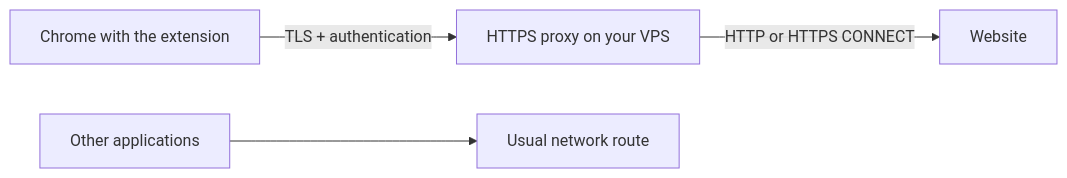
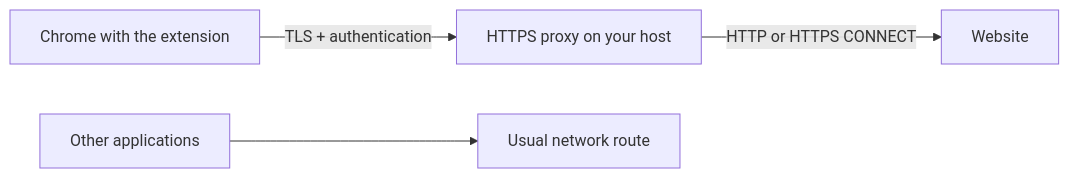
The diagram in README.en.md (coffegorio/self-hosted-browser-vpn), drawn with Mermaid before and after one commit. The commit also changed other lines of this file and 16 other files, not shown here.

````diff
--- a/README.en.md
+++ b/README.en.md
@@ -14,6 +16,6 @@
 ```mermaid
 flowchart LR
-    Chrome[Chrome with the extension] -- "TLS + authentication" --> VPS[HTTPS proxy on your VPS]
-    VPS -- "HTTP or HTTPS CONNECT" --> Site[Website]
+    Chrome[Chrome with the extension] -- "TLS + authentication" --> Host[HTTPS proxy on your host]
+    Host -- "HTTP or HTTPS CONNECT" --> Site[Website]
     Apps[Other applications] --> Direct[Usual network route]
 ```
````
